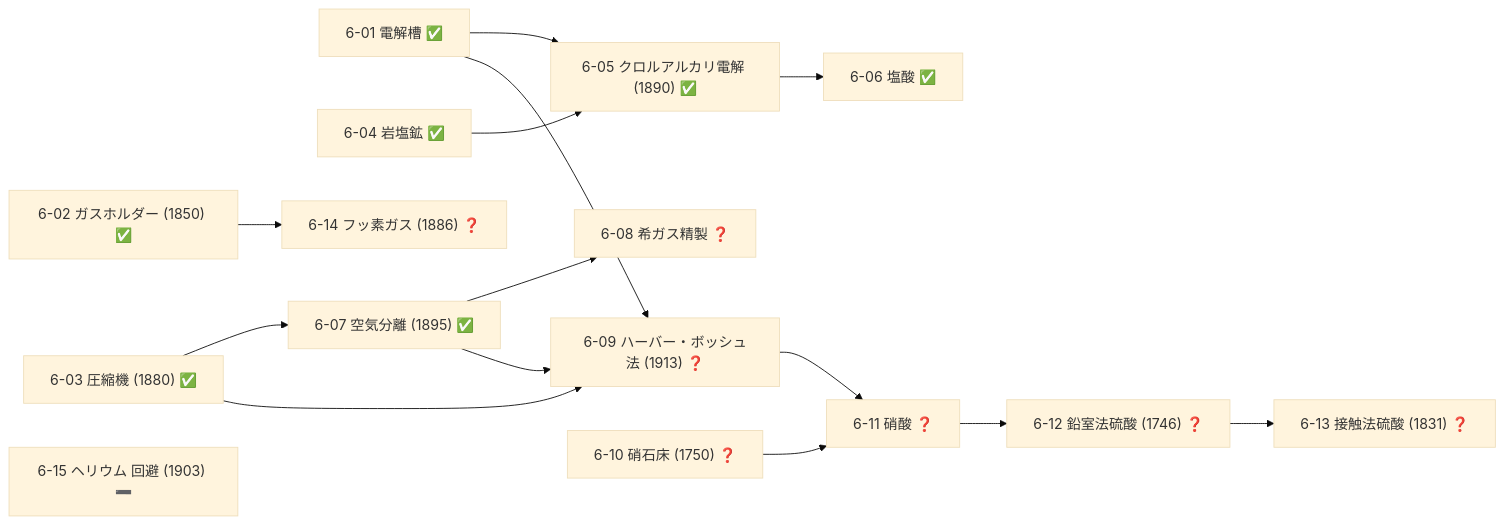
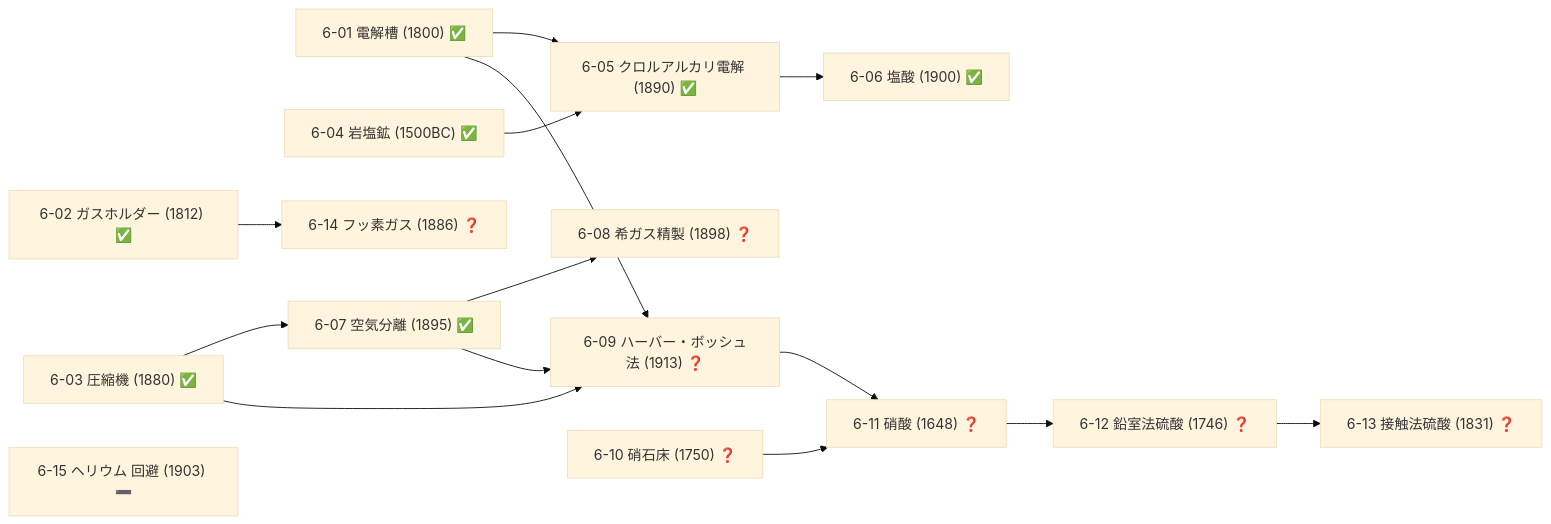
One commit to taku3i0317-collab/semiconductor-lab changed the ninth of 19 diagrams in docs/TECH_TREE_VIEW.md. Above: the diagram before and after it, drawn with Mermaid (base theme). The commit also changed other lines of this file and 7 other files, not shown here.

````diff
--- a/docs/TECH_TREE_VIEW.md
+++ b/docs/TECH_TREE_VIEW.md
@@ -415,31 +415,31 @@
 ```mermaid
 graph LR
-  n6_01["6-01 電解槽 ✅"]
-  n6_02["6-02 ガスホルダー (1850) ✅"]
+  n6_01["6-01 電解槽 (1800) ✅"]
+  n6_02["6-02 ガスホルダー (1812) ✅"]
   n6_03["6-03 圧縮機 (1880) ✅"]
-  n6_04["6-04 岩塩鉱 ✅"]
+  n6_04["6-04 岩塩鉱 (1500BC) ✅"]
   n6_05["6-05 クロルアルカリ電解 (1890) ✅"]
-  n6_06["6-06 塩酸 ✅"]
+  n6_06["6-06 塩酸 (1900) ✅"]
   n6_07["6-07 空気分離 (1895) ✅"]
-  n6_08["6-08 希ガス精製 ❓"]
+  n6_08["6-08 希ガス精製 (1898) ❓"]
   n6_09["6-09 ハーバー・ボッシュ法 (1913) ❓"]
   n6_10["6-10 硝石床 (1750) ❓"]
-  n6_11["6-11 硝酸 ❓"]
+  n6_11["6-11 硝酸 (1648) ❓"]
   n6_12["6-12 鉛室法硫酸 (1746) ❓"]
   n6_13["6-13 接触法硫酸 (1831) ❓"]
   n6_14["6-14 フッ素ガス (1886) ❓"]
   n6_15["6-15 ヘリウム 回避 (1903) ➖"]
   n6_01-->n6_05
   n6_04-->n6_05
   n6_05-->n6_06
   n6_03-->n6_07
   n6_07-->n6_08
   n6_01-->n6_09
   n6_03-->n6_09
   n6_07-->n6_09
   n6_09-->n6_11
   n6_10-->n6_11
   n6_11-->n6_12
   n6_12-->n6_13
   n6_02-->n6_14
 ```
````
